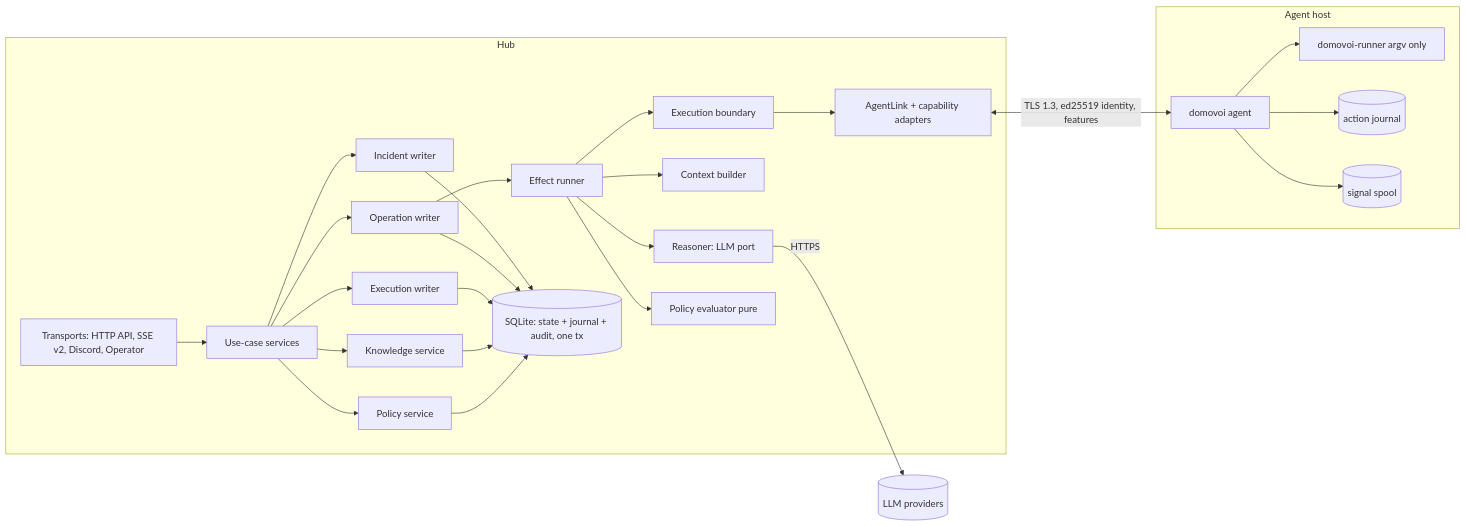
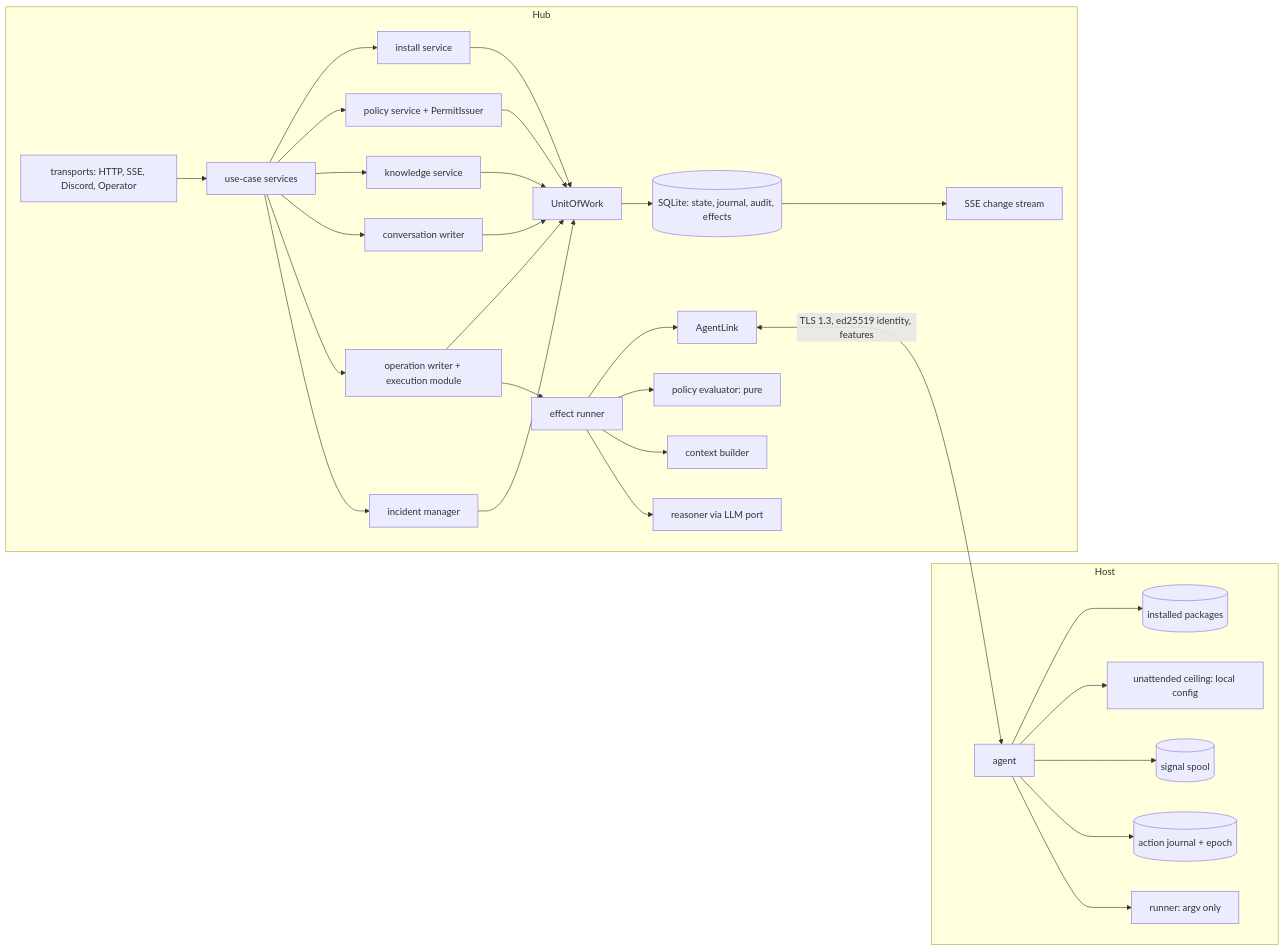
One commit to RoastSlav/domovoi changed the first of 4 diagrams in docs/rework/04-target-architecture.md. Above: the diagram before and after it, drawn with Mermaid. The commit also changed other lines of this file and 30 other files, not shown here.

````diff
--- a/docs/rework/04-target-architecture.md
+++ b/docs/rework/04-target-architecture.md
@@ -9,25 +9,28 @@
 ```mermaid
 flowchart LR
-  subgraph Agent host
-    AG[domovoi agent] --> RUN[domovoi-runner argv only]
-    AG --> J[(action journal)]
+  subgraph Host
+    AG[agent] --> RUN[runner: argv only]
+    AG --> AJ[(action journal + epoch)]
     AG --> SP[(signal spool)]
+    AG --> CE[unattended ceiling: local config]
+    AG --> PK[(installed packages)]
   end
   subgraph Hub
-    T[Transports: HTTP API, SSE v2, Discord, Operator] --> UC[Use-case services]
-    UC --> IW[Incident writer]
-    UC --> OW[Operation writer]
-    UC --> AW[Execution writer]
-    UC --> KW[Knowledge service]
-    UC --> PS[Policy service]
-    OW --> ER[Effect runner]
-    ER --> RE[Reasoner: LLM port]
-    ER --> CB[Context builder]
-    ER --> EX[Execution boundary]
-    ER --> PE[Policy evaluator pure]
-    EX --> AL[AgentLink + capability adapters]
-    IW & OW & AW & KW & PS --> ST[(SQLite: state + journal + audit, one tx)]
+    TR[transports: HTTP, SSE, Discord, Operator] --> UC[use-case services]
+    UC --> IM[incident manager]
+    UC --> OW[operation writer + execution module]
+    UC --> CW[conversation writer]
+    UC --> KS[knowledge service]
+    UC --> PS[policy service + PermitIssuer]
+    UC --> IS[install service]
+    OW --> ER[effect runner]
+    ER --> RS[reasoner via LLM port]
+    ER --> CX[context builder]
+    ER --> EV[policy evaluator: pure]
+    ER --> AL[AgentLink]
+    IM & OW & CW & KS & PS & IS --> UOW[UnitOfWork]
+    UOW --> DB[(SQLite: state, journal, audit, effects)]
+    DB --> SSE[SSE change stream]
   end
   AL <-->|TLS 1.3, ed25519 identity, features| AG
-  RE -->|HTTPS| LLM[(LLM providers)]
 ```
````
